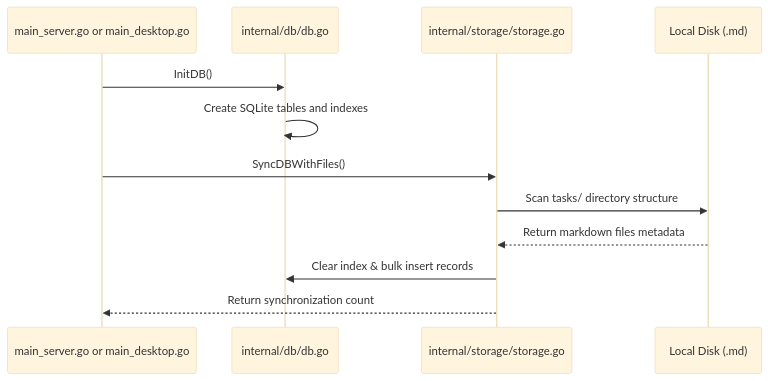
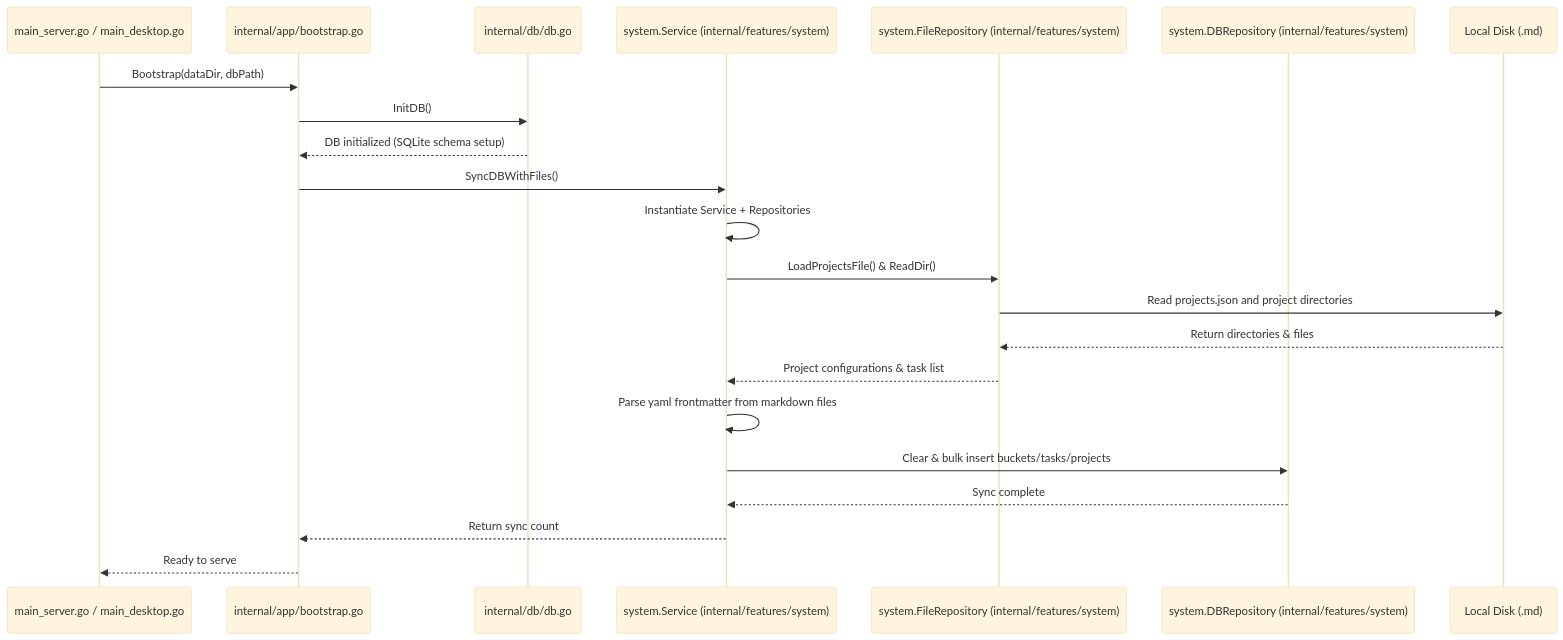
The fourth of 4 diagrams in docs/developer/architecture.md (simon123h/Jotter), drawn with Mermaid (base theme) before and after one commit. The commit also changed other lines of this file, not shown here.

Commit message:
docs: update architecture.md to reflect layered backend features

````diff
--- a/docs/developer/architecture.md
+++ b/docs/developer/architecture.md
@@ -102,15 +117,25 @@
 ```mermaid
 sequenceDiagram
-    participant Main as main_server.go or main_desktop.go
+    participant Main as main_server.go / main_desktop.go
+    participant Bootstrap as internal/app/bootstrap.go
     participant DB as internal/db/db.go
-    participant Storage as internal/storage/storage.go
+    participant SysSvc as system.Service (internal/features/system)
+    participant FileRepo as system.FileRepository (internal/features/system)
+    participant DBRepo as system.DBRepository (internal/features/system)
     participant Disk as Local Disk (.md)
 
-    Main->>DB: InitDB()
-    DB->>DB: Create SQLite tables and indexes
-    Main->>Storage: SyncDBWithFiles()
-    Storage->>Disk: Scan tasks/ directory structure
-    Disk-->>Storage: Return markdown files metadata
-    Storage->>DB: Clear index & bulk insert records
-    Storage-->>Main: Return synchronization count
+    Main->>Bootstrap: Bootstrap(dataDir, dbPath)
+    Bootstrap->>DB: InitDB()
+    DB-->>Bootstrap: DB initialized (SQLite schema setup)
+    Bootstrap->>SysSvc: SyncDBWithFiles()
+    SysSvc->>SysSvc: Instantiate Service + Repositories
+    SysSvc->>FileRepo: LoadProjectsFile() & ReadDir()
+    FileRepo->>Disk: Read projects.json and project directories
+    Disk-->>FileRepo: Return directories & files
+    FileRepo-->>SysSvc: Project configurations & task list
+    SysSvc->>SysSvc: Parse yaml frontmatter from markdown files
+    SysSvc->>DBRepo: Clear & bulk insert buckets/tasks/projects
+    DBRepo-->>SysSvc: Sync complete
+    SysSvc-->>Bootstrap: Return sync count
+    Bootstrap-->>Main: Ready to serve
 ```
````
